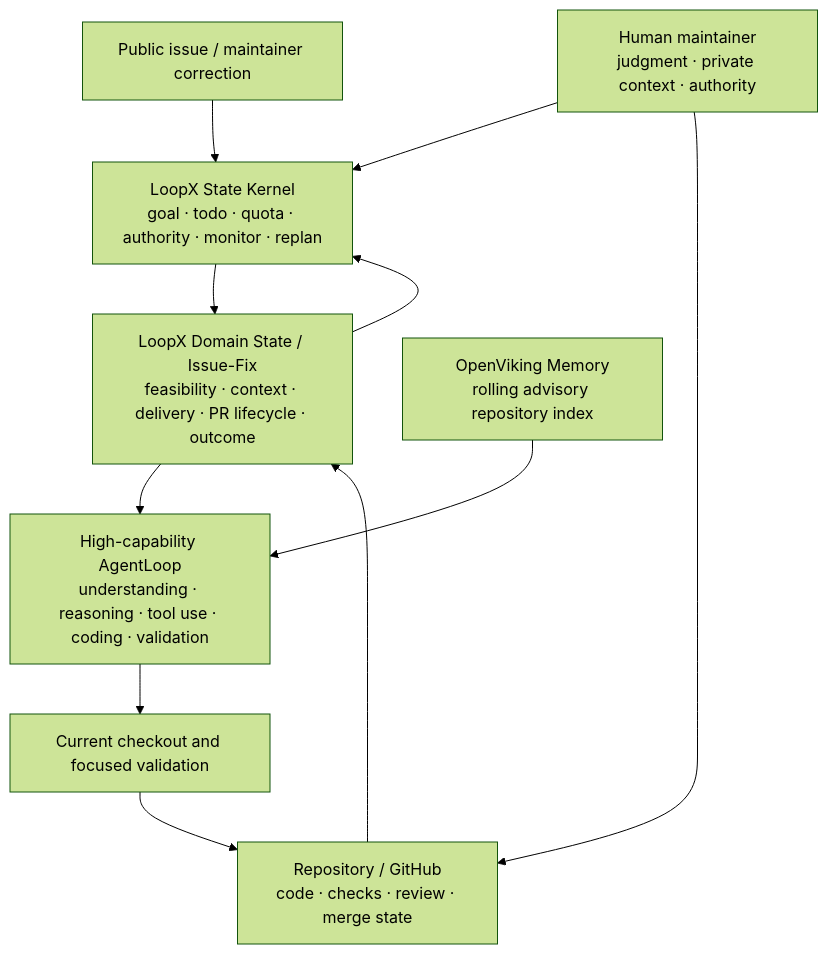
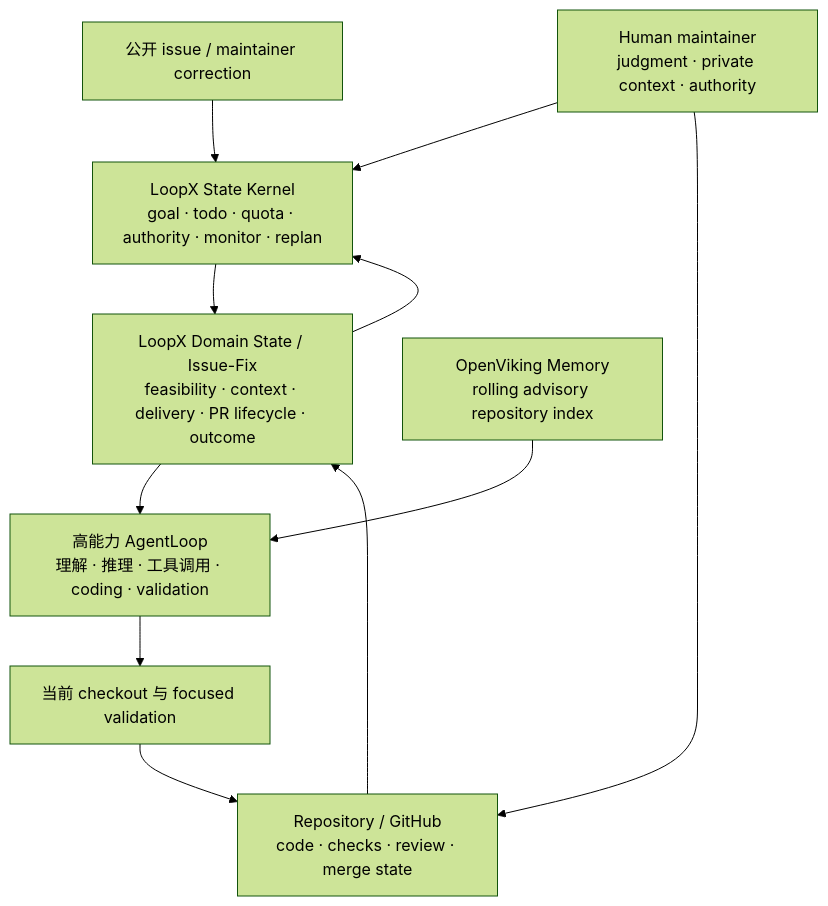
One commit to yanfeng98/nano-loopx changed the first of 2 diagrams in loopx/capabilities/issue_fix/README.md. Above: the diagram before and after it, drawn with Mermaid (forest theme). The commit also changed other lines of this file and 786 other files, not shown here.

````diff
--- a/loopx/capabilities/issue_fix/README.md
+++ b/loopx/capabilities/issue_fix/README.md
@@ -69,13 +55,13 @@
 ```mermaid
 flowchart TB
-  U["Public issue / maintainer correction"] --> K["LoopX State Kernel<br/>goal · todo · quota · authority · monitor · replan"]
+  U["公开 issue / maintainer correction"] --> K["LoopX State Kernel<br/>goal · todo · quota · authority · monitor · replan"]
   K --> D["LoopX Domain State / Issue-Fix<br/>feasibility · context · delivery · PR lifecycle · outcome"]
-  D --> A["High-capability AgentLoop<br/>understanding · reasoning · tool use · coding · validation"]
+  D --> A["高能力 AgentLoop<br/>理解 · 推理 · 工具调用 · coding · validation"]
   M["OpenViking Memory<br/>rolling advisory repository index"] --> A
-  A --> C["Current checkout and focused validation"]
+  A --> C["当前 checkout 与 focused validation"]
   C --> G["Repository / GitHub<br/>code · checks · review · merge state"]
   G --> D
   D --> K
   H["Human maintainer<br/>judgment · private context · authority"] --> K
   H --> G
 ```
````
